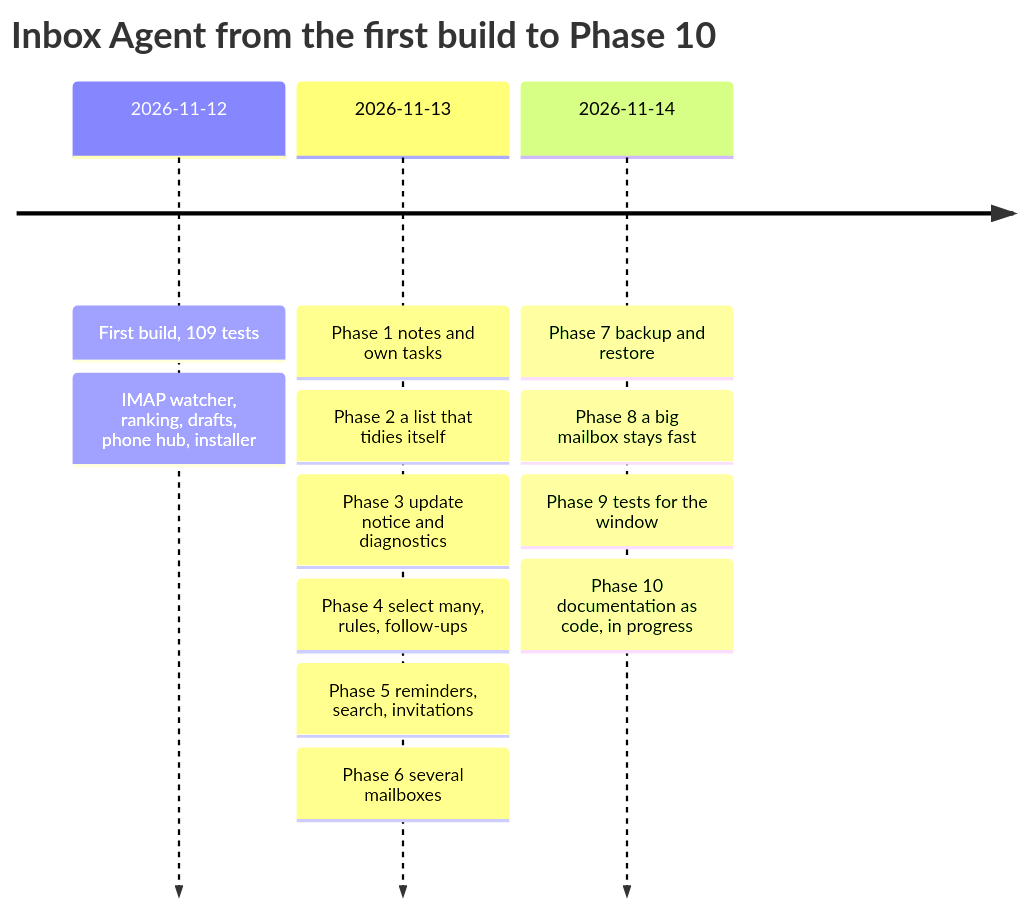
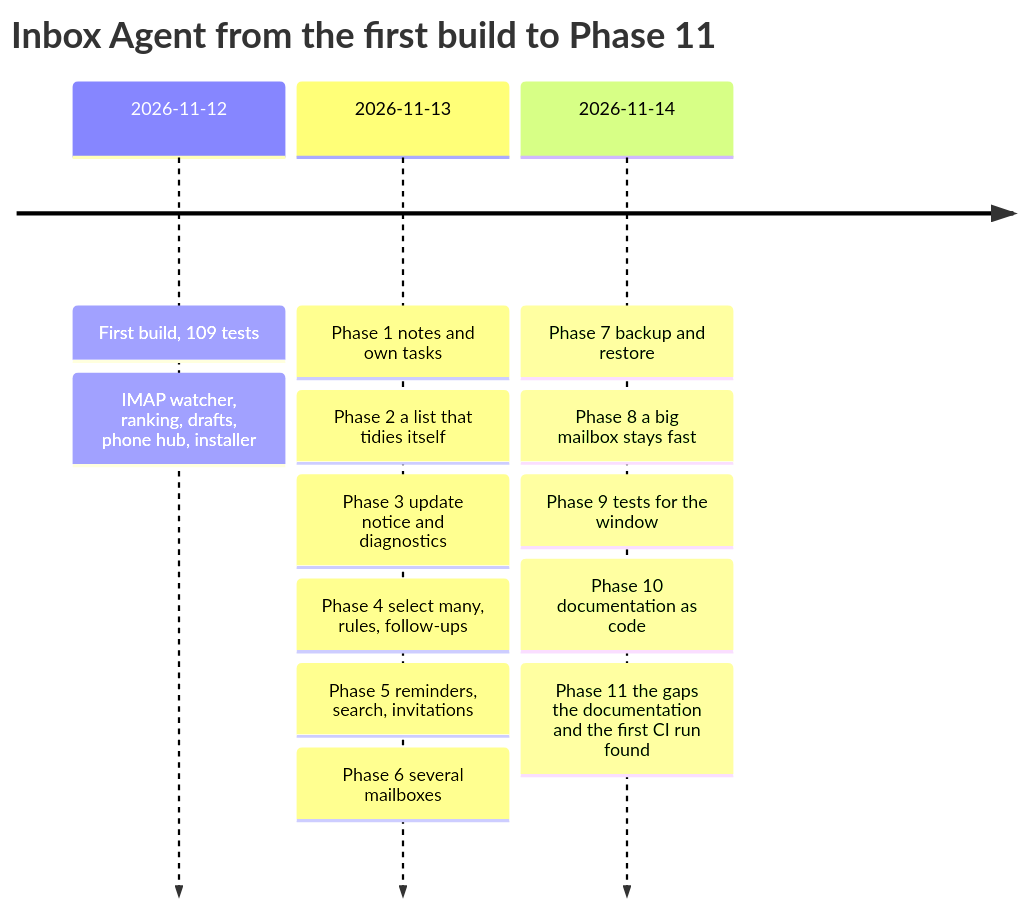
Before and after one commit to SarangVehale/email-todolist: the diagram in docs/product/prd.md, drawn with Mermaid. The commit also changed other lines of this file and 37 other files, not shown here.

First line of the commit message:
Phase 11: close the gaps the documentation and the first CI run found

````diff
--- a/docs/product/prd.md
+++ b/docs/product/prd.md
@@ -59,7 +59,7 @@
 ```mermaid
 timeline
-    title Inbox Agent from the first build to Phase 10
+    title Inbox Agent from the first build to Phase 11
     2026-11-12 : First build, 109 tests : IMAP watcher, ranking, drafts, phone hub, installer
     2026-11-13 : Phase 1 notes and own tasks : Phase 2 a list that tidies itself : Phase 3 update notice and diagnostics : Phase 4 select many, rules, follow-ups : Phase 5 reminders, search, invitations : Phase 6 several mailboxes
-    2026-11-14 : Phase 7 backup and restore : Phase 8 a big mailbox stays fast : Phase 9 tests for the window : Phase 10 documentation as code, in progress
+    2026-11-14 : Phase 7 backup and restore : Phase 8 a big mailbox stays fast : Phase 9 tests for the window : Phase 10 documentation as code : Phase 11 the gaps the documentation and the first CI run found
 ```
````
